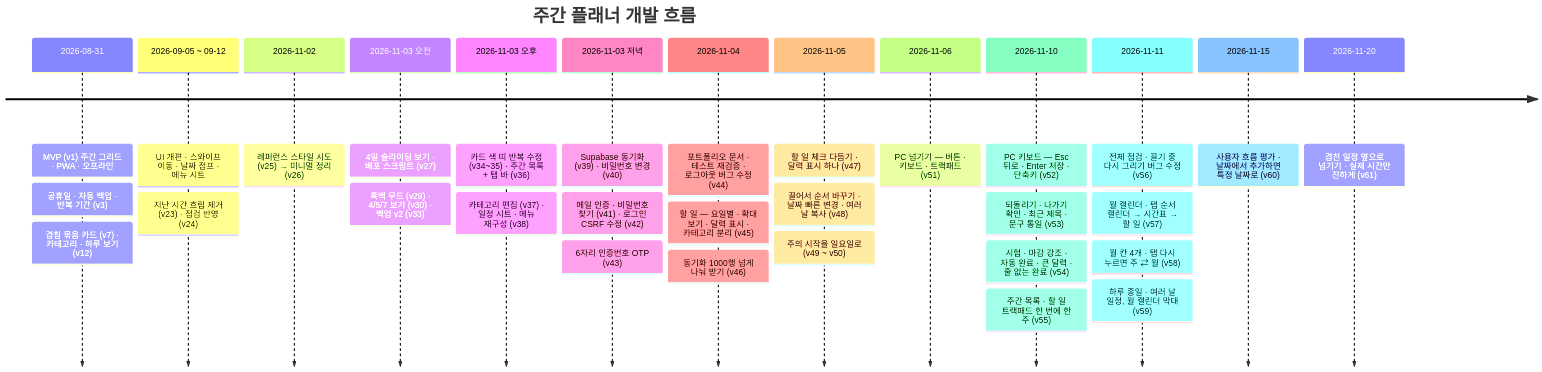
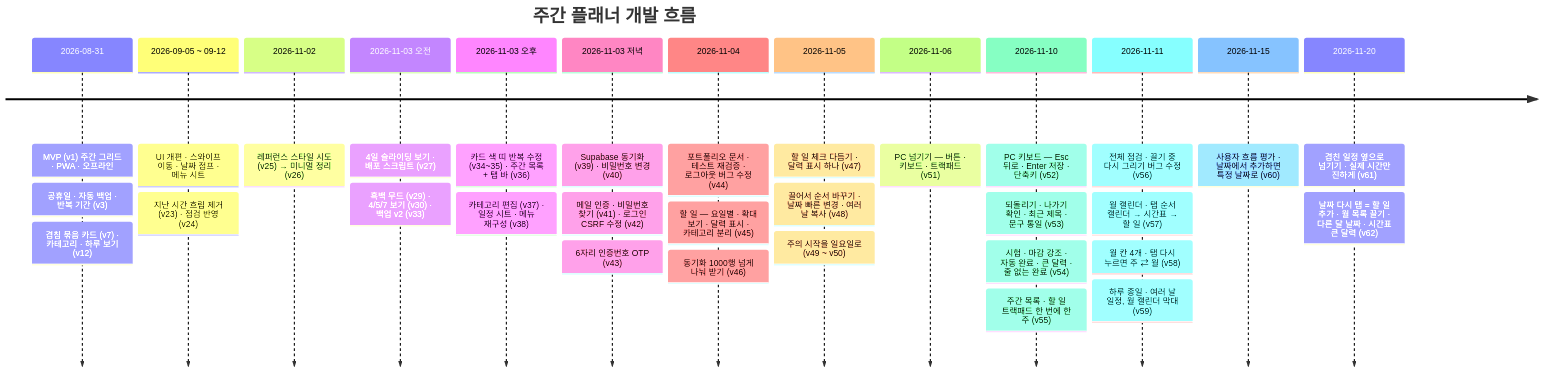
Before and after one commit to jmg0929/weekly-planner: the second of 2 diagrams in docs/README.md, drawn with Mermaid. The commit also changed other lines of this file and 7 other files, not shown here.

````diff
--- a/docs/README.md
+++ b/docs/README.md
@@ -124,34 +124,35 @@
 ```mermaid
 timeline
   title 주간 플래너 개발 흐름
   2026-08-31 : MVP (v1) 주간 그리드 · PWA · 오프라인
              : 공휴일 · 자동 백업 · 반복 기간 (v3)
              : 겹침 묶음 카드 (v7) · 카테고리 · 하루 보기 (v12)
   2026-09-05 ~ 09-12 : UI 개편 · 스와이프 이동 · 날짜 점프 · 메뉴 시트
                      : 지난 시간 흐림 제거 (v23) · 점검 반영 (v24)
   2026-11-02 : 레퍼런스 스타일 시도 (v25) → 미니멀 정리 (v26)
   2026-11-03 오전 : 4일 슬라이딩 보기 · 배포 스크립트 (v27)
                  : 흑백 무드 (v29) · 4/5/7 보기 (v30) · 백업 v2 (v33)
   2026-11-03 오후 : 카드 색 띠 반복 수정 (v34~35) · 주간 목록 + 탭 바 (v36)
                  : 카테고리 편집 (v37) · 일정 시트 · 메뉴 재구성 (v38)
   2026-11-03 저녁 : Supabase 동기화 (v39) · 비밀번호 변경 (v40)
                  : 메일 인증 · 비밀번호 찾기 (v41) · 로그인 CSRF 수정 (v42)
                  : 6자리 인증번호 OTP (v43)
   2026-11-04 : 포트폴리오 문서 · 테스트 재검증 · 로그아웃 버그 수정 (v44)
              : 할 일 — 요일별 · 확대 보기 · 달력 표시 · 카테고리 분리 (v45)
              : 동기화 1000행 넘게 나눠 받기 (v46)
   2026-11-05 : 할 일 체크 다듬기 · 달력 표시 하나 (v47)
              : 끌어서 순서 바꾸기 · 날짜 빠른 변경 · 여러 날 복사 (v48)
              : 주의 시작을 일요일로 (v49 ~ v50)
   2026-11-06 : PC 넘기기 — 버튼 · 키보드 · 트랙패드 (v51)
   2026-11-10 : PC 키보드 — Esc 뒤로 · Enter 저장 · 단축키 (v52)
              : 되돌리기 · 나가기 확인 · 최근 제목 · 문구 통일 (v53)
              : 시험 · 마감 강조 · 자동 완료 · 큰 달력 · 줄 없는 완료 (v54)
              : 주간 목록 · 할 일 트랙패드 한 번에 한 주 (v55)
   2026-11-11 : 전체 점검 · 끌기 중 다시 그리기 버그 수정 (v56)
              : 월 캘린더 · 탭 순서 캘린더 → 시간표 → 할 일 (v57)
              : 월 칸 4개 · 탭 다시 누르면 주 ⇄ 월 (v58)
              : 하루 종일 · 여러 날 일정, 월 캘린더 막대 (v59)
   2026-11-15 : 사용자 흐름 평가 · 날짜에서 추가하면 특정 날짜로 (v60)
   2026-11-20 : 겹친 일정 옆으로 넘기기 · 실제 시간만 진하게 (v61)
+             : 날짜 다시 탭 = 할 일 추가 · 월 목록 끌기 · 다른 달 날짜 · 시간표 큰 달력 (v62)
 ```
````
